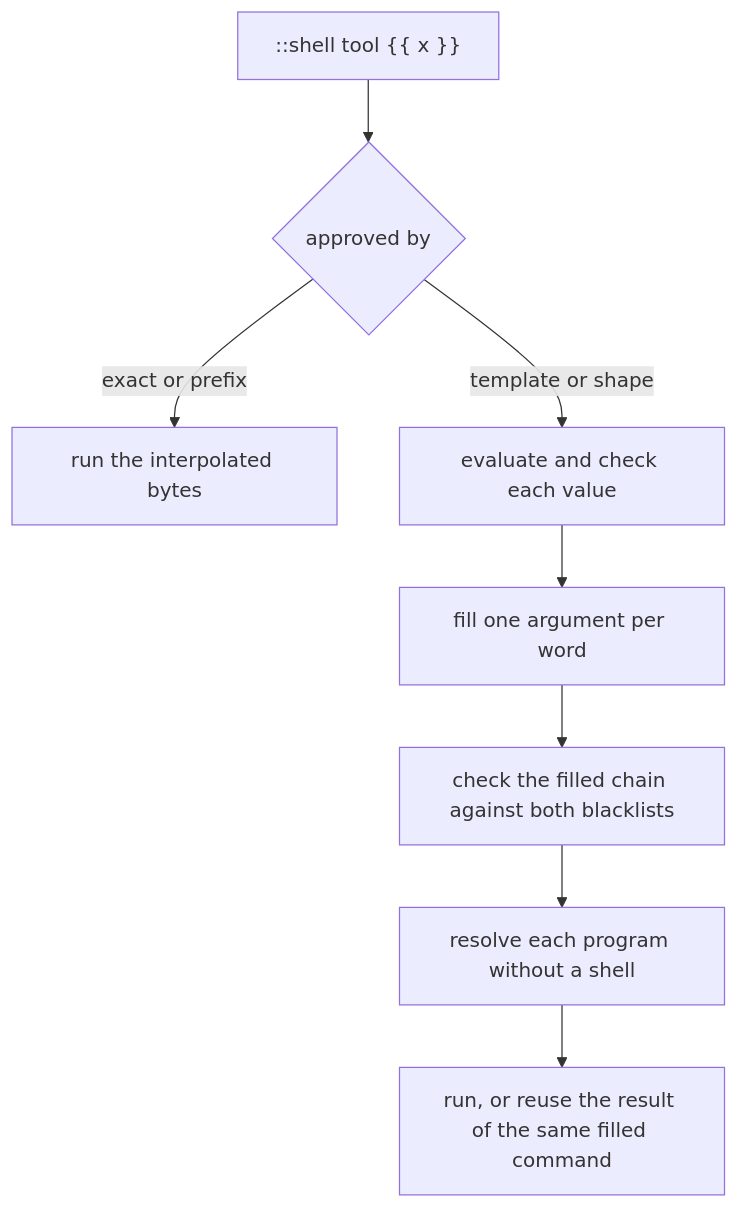
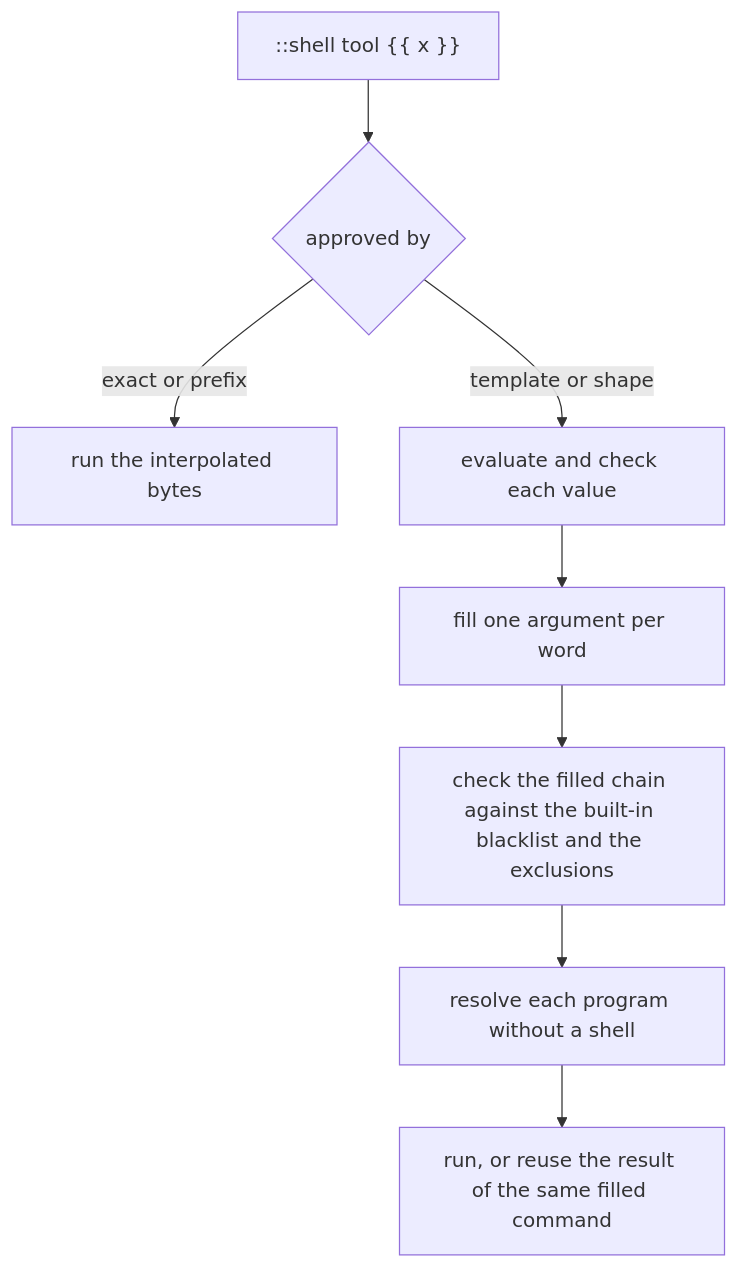
One commit to yankeeinlondon/rusty-biscuit changed the second of 3 diagrams in darkmatter/docs/inline/preflight-checks.md. Above: the diagram before and after it, drawn with Mermaid. The commit also changed other lines of this file and 285 other files, not shown here.

````diff
--- a/darkmatter/docs/inline/preflight-checks.md
+++ b/darkmatter/docs/inline/preflight-checks.md
@@ -443,10 +456,10 @@
 ```mermaid
 flowchart TD
     A["::shell tool {{ x }}"] --> B{approved by}
     B -->|exact or prefix| C[run the interpolated bytes]
     B -->|template or shape| D[evaluate and check each value]
     D --> E[fill one argument per word]
-    E --> F[check the filled chain against both blacklists]
+    E --> F[check the filled chain against the built-in blacklist and the exclusions]
     F --> G[resolve each program without a shell]
     G --> H[run, or reuse the result of the same filled command]
 ```
````
